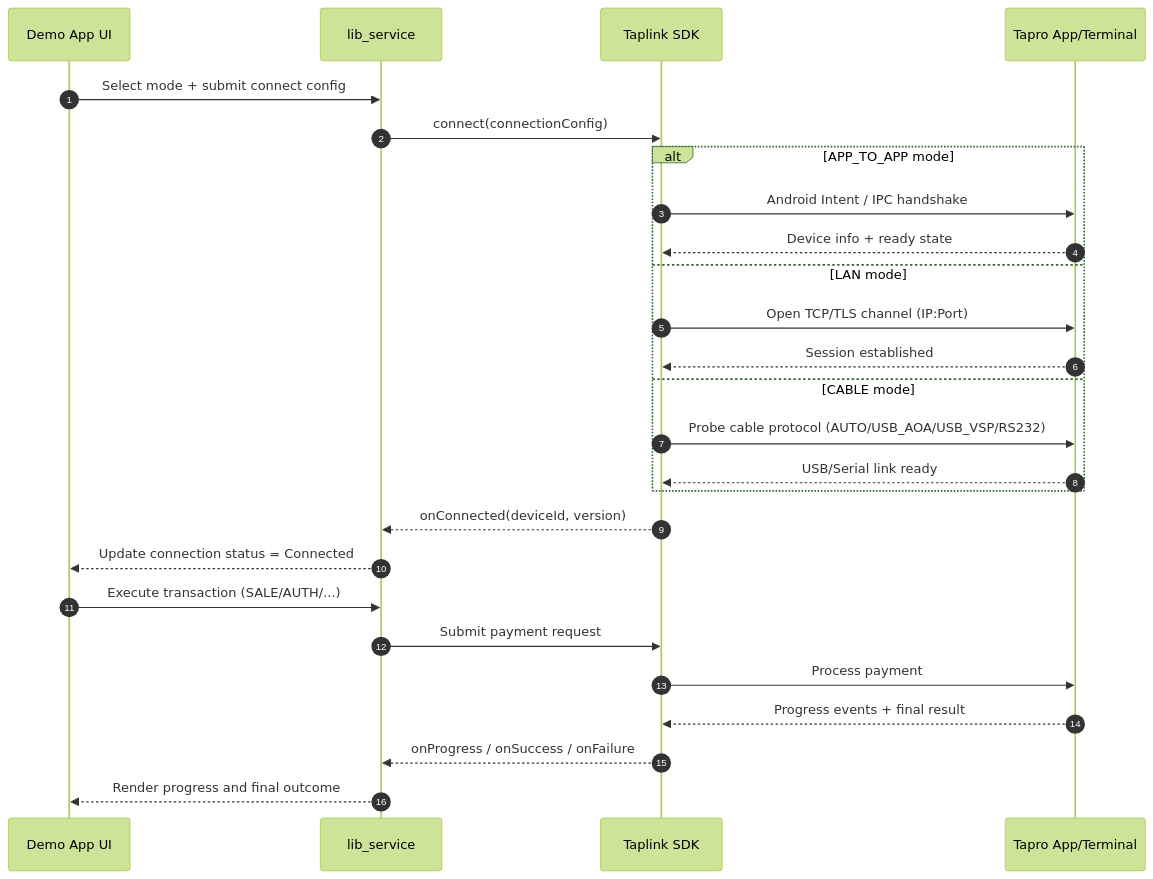
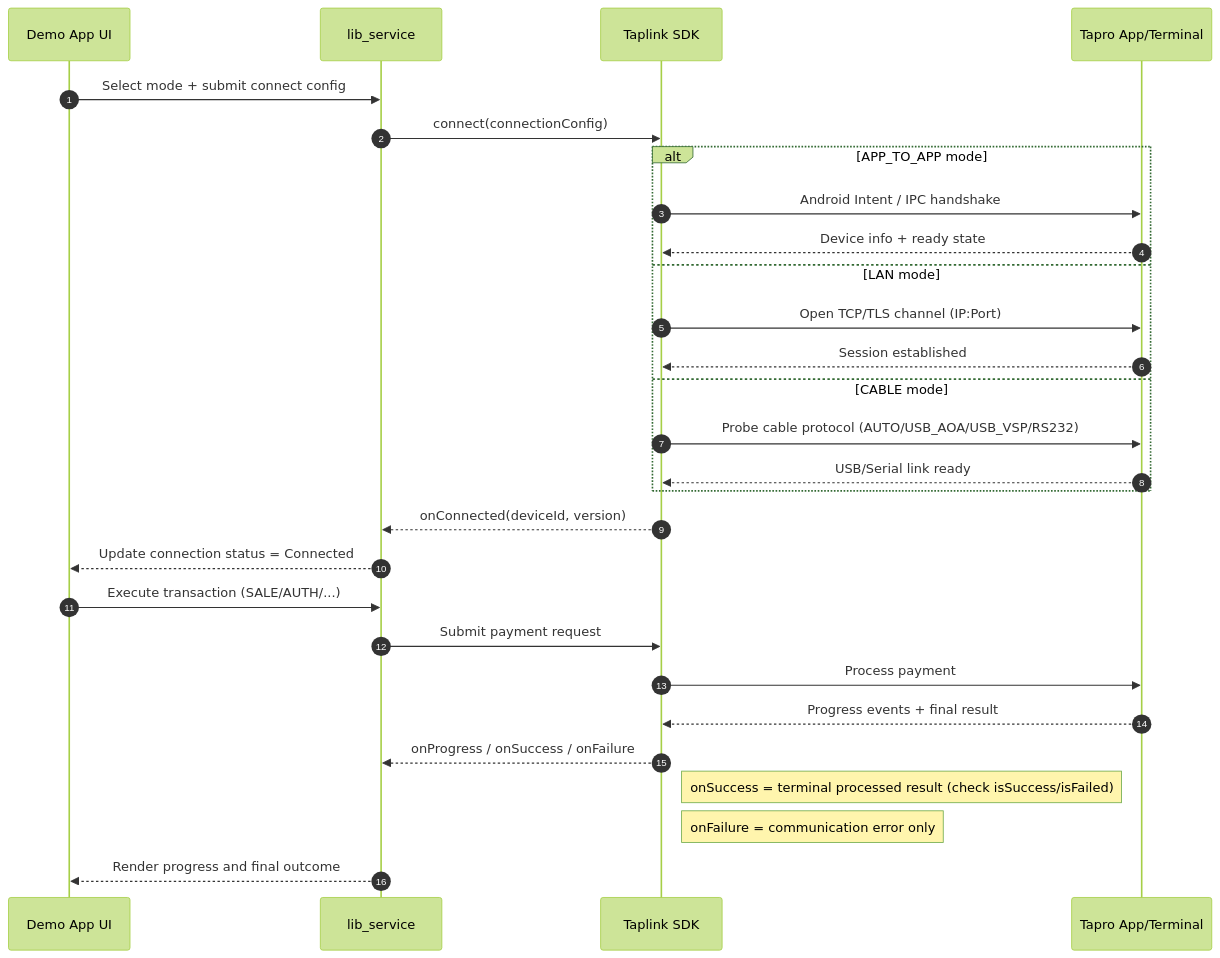
The second of 2 diagrams in README.md (sunbay-developer/sunbay-taplink-sdk-android-demo), drawn with Mermaid (forest theme) before and after one commit. The commit also changed 41 other files, not shown here.

````diff
--- a/README.md
+++ b/README.md
@@ -213,32 +213,34 @@
 ```mermaid
 sequenceDiagram
     autonumber
     participant UI as Demo App UI
     participant SVC as lib_service
     participant SDK as Taplink SDK
     participant TAPRO as Tapro App/Terminal
 
     UI->>SVC: Select mode + submit connect config
     SVC->>SDK: connect(connectionConfig)
 
     alt APP_TO_APP mode
         SDK->>TAPRO: Android Intent / IPC handshake
         TAPRO-->>SDK: Device info + ready state
     else LAN mode
         SDK->>TAPRO: Open TCP/TLS channel (IP:Port)
         TAPRO-->>SDK: Session established
     else CABLE mode
         SDK->>TAPRO: Probe cable protocol (AUTO/USB_AOA/USB_VSP/RS232)
         TAPRO-->>SDK: USB/Serial link ready
     end
 
     SDK-->>SVC: onConnected(deviceId, version)
     SVC-->>UI: Update connection status = Connected
 
     UI->>SVC: Execute transaction (SALE/AUTH/...)
     SVC->>SDK: Submit payment request
     SDK->>TAPRO: Process payment
     TAPRO-->>SDK: Progress events + final result
     SDK-->>SVC: onProgress / onSuccess / onFailure
+    Note right of SDK: onSuccess = terminal processed result (check isSuccess/isFailed)
+    Note right of SDK: onFailure = communication error only
     SVC-->>UI: Render progress and final outcome
 ```
````
